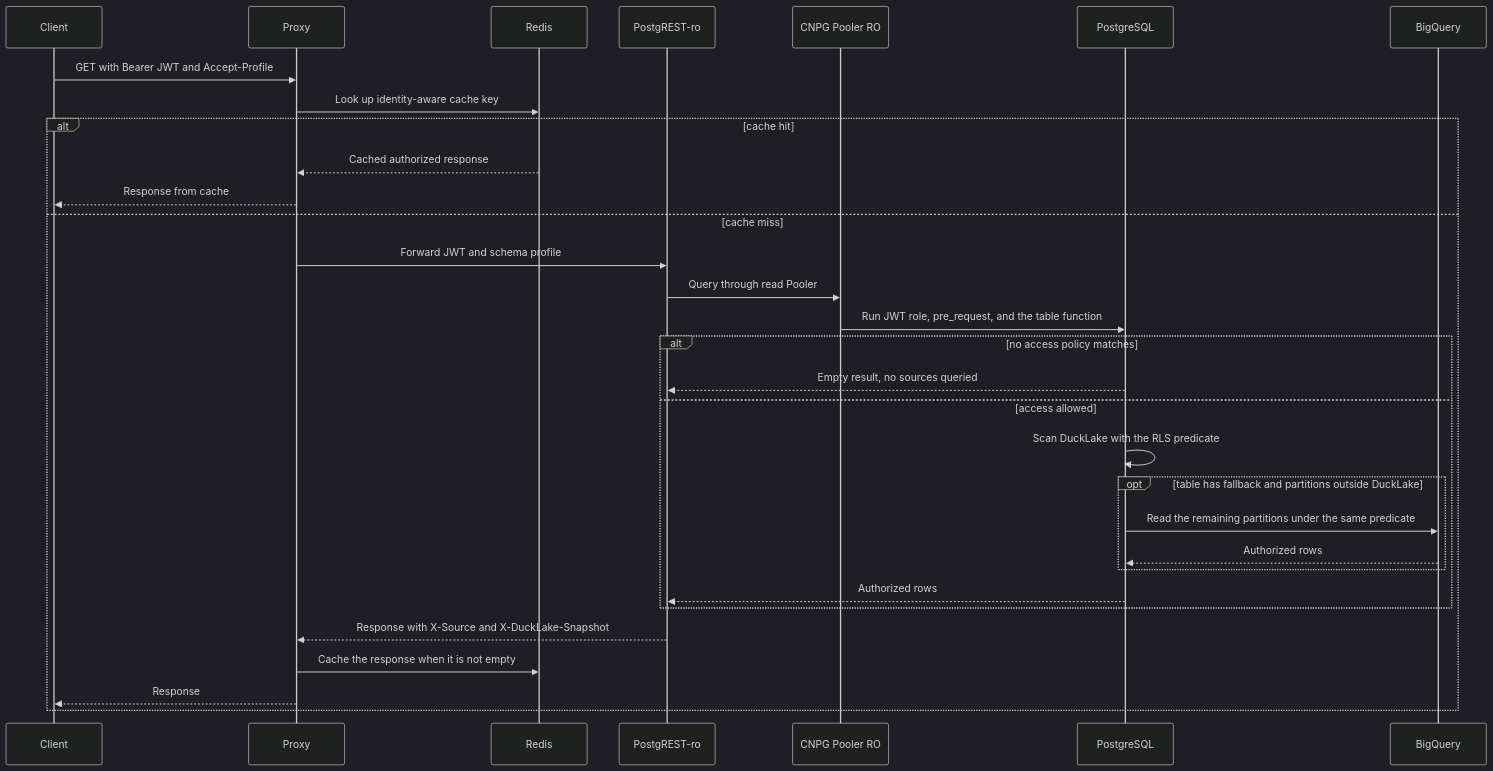
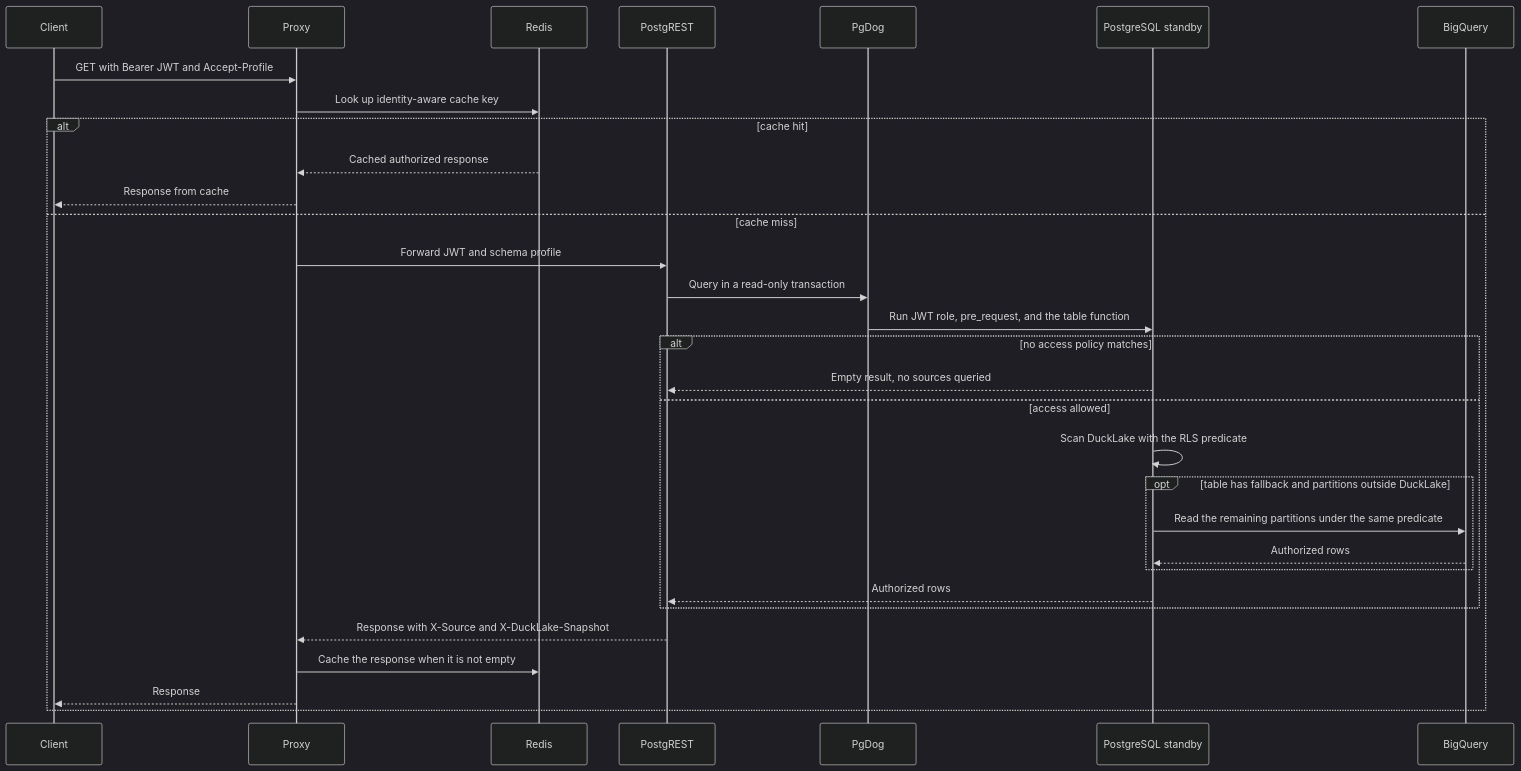
Before and after one commit to prefeitura-rio/data-proxy: the second of 2 diagrams in docs/security.md, drawn with Mermaid (dark theme). The commit also changed other lines of this file and 29 other files, not shown here.

Commit message:
feat(chart): put pgdog in front of one postgrest and drop the ha mode

````diff
--- a/docs/security.md
+++ b/docs/security.md
@@ -186,34 +186,34 @@
 ```mermaid
 sequenceDiagram
     participant C as Client
     participant N as Proxy
     participant R as Redis
-    participant P as PostgREST-ro
-    participant RP as CNPG Pooler RO
-    participant DB as PostgreSQL
+    participant P as PostgREST
+    participant RP as PgDog
+    participant DB as PostgreSQL standby
     participant BQ as BigQuery
 
     C->>N: GET with Bearer JWT and Accept-Profile
     N->>R: Look up identity-aware cache key
     alt cache hit
         R-->>N: Cached authorized response
         N-->>C: Response from cache
     else cache miss
         N->>P: Forward JWT and schema profile
-        P->>RP: Query through read Pooler
+        P->>RP: Query in a read-only transaction
         RP->>DB: Run JWT role, pre_request, and the table function
         alt no access policy matches
             DB-->>P: Empty result, no sources queried
         else access allowed
             DB->>DB: Scan DuckLake with the RLS predicate
             opt table has fallback and partitions outside DuckLake
                 DB->>BQ: Read the remaining partitions under the same predicate
                 BQ-->>DB: Authorized rows
             end
             DB-->>P: Authorized rows
         end
         P-->>N: Response with X-Source and X-DuckLake-Snapshot
         N->>R: Cache the response when it is not empty
         N-->>C: Response
     end
 ```
````
